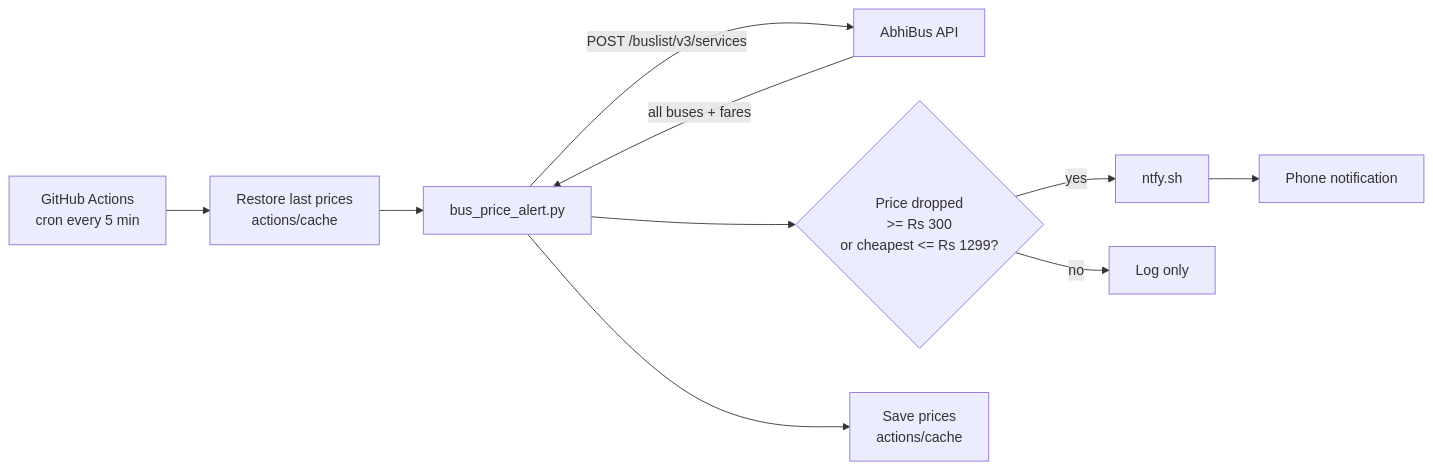
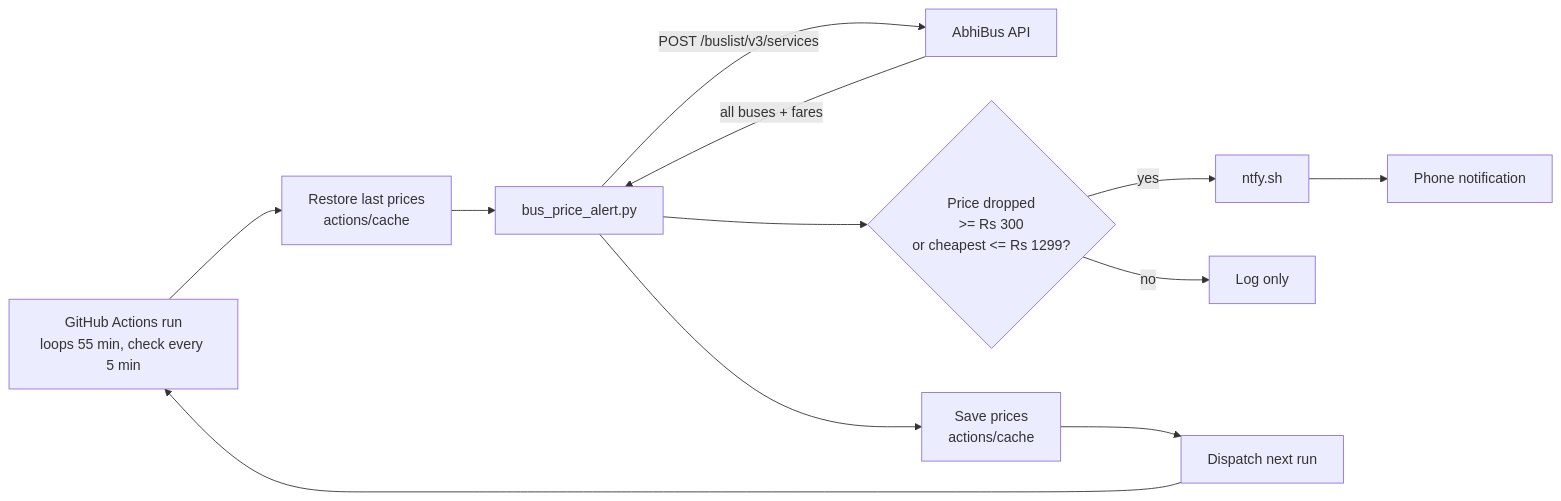
The diagram in README.md (uday4a6/bus-price-alert), drawn with Mermaid before and after one commit. The commit also changed other lines of this file, not shown here.

````diff
--- a/README.md
+++ b/README.md
@@ -24,12 +24,14 @@
 ```mermaid
 flowchart LR
-    A[GitHub Actions<br/>cron every 5 min] --> B[Restore last prices<br/>actions/cache]
+    A[GitHub Actions run<br/>loops 55 min, check every 5 min] --> B[Restore last prices<br/>actions/cache]
     B --> C[bus_price_alert.py]
     C -->|POST /buslist/v3/services| D[AbhiBus API]
     D -->|all buses + fares| C
     C --> E{Price dropped<br/>>= Rs 300<br/>or cheapest <= Rs 1299?}
     E -->|yes| F[ntfy.sh]
     F --> G[Phone notification]
     E -->|no| H[Log only]
     C --> I[Save prices<br/>actions/cache]
+    I --> J[Dispatch next run]
+    J --> A
 ```
````
